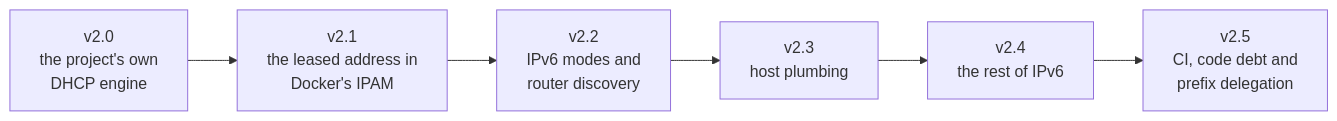
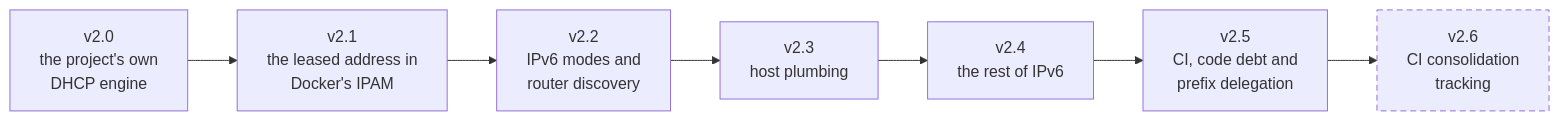
The diagram in docs/roadmap.md (claymore666/docker-net-dhcp), drawn with Mermaid before and after one commit. The commit also changed other lines of this file and 2 other files, not shown here.

Commit message:
release: v2.5.0 roadmap moves #733 to a planned v2.6.0, states the outcome of four CI bullets (#733, #799, #856, #861, #886)

````diff
--- a/docs/roadmap.md
+++ b/docs/roadmap.md
@@ -124,10 +130,13 @@
 ```mermaid
 flowchart LR
     v20["v2.0<br/>the project's own<br/>DHCP engine"]
     v21["v2.1<br/>the leased address in<br/>Docker's IPAM"]
     v22["v2.2<br/>IPv6 modes and<br/>router discovery"]
     v23["v2.3<br/>host plumbing"]
     v24["v2.4<br/>the rest of IPv6"]
     v25["v2.5<br/>CI, code debt and<br/>prefix delegation"]
-    v20 --> v21 --> v22 --> v23 --> v24 --> v25
+    v26["v2.6<br/>CI consolidation<br/>tracking"]
+    v20 --> v21 --> v22 --> v23 --> v24 --> v25 --> v26
+    classDef planned stroke-dasharray: 6 4
+    class v26 planned
 ```
````
